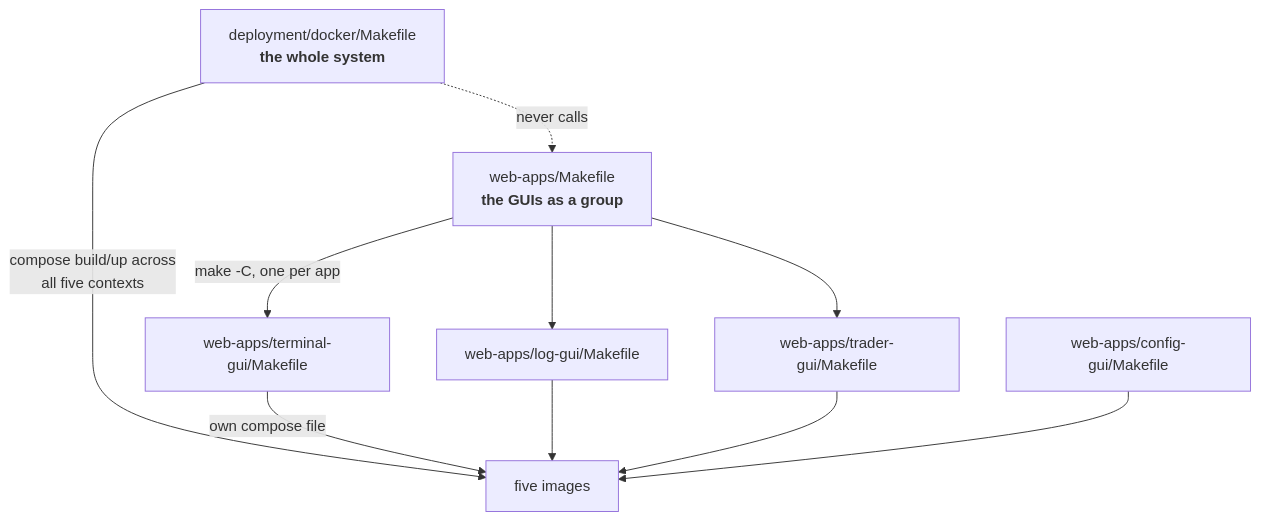
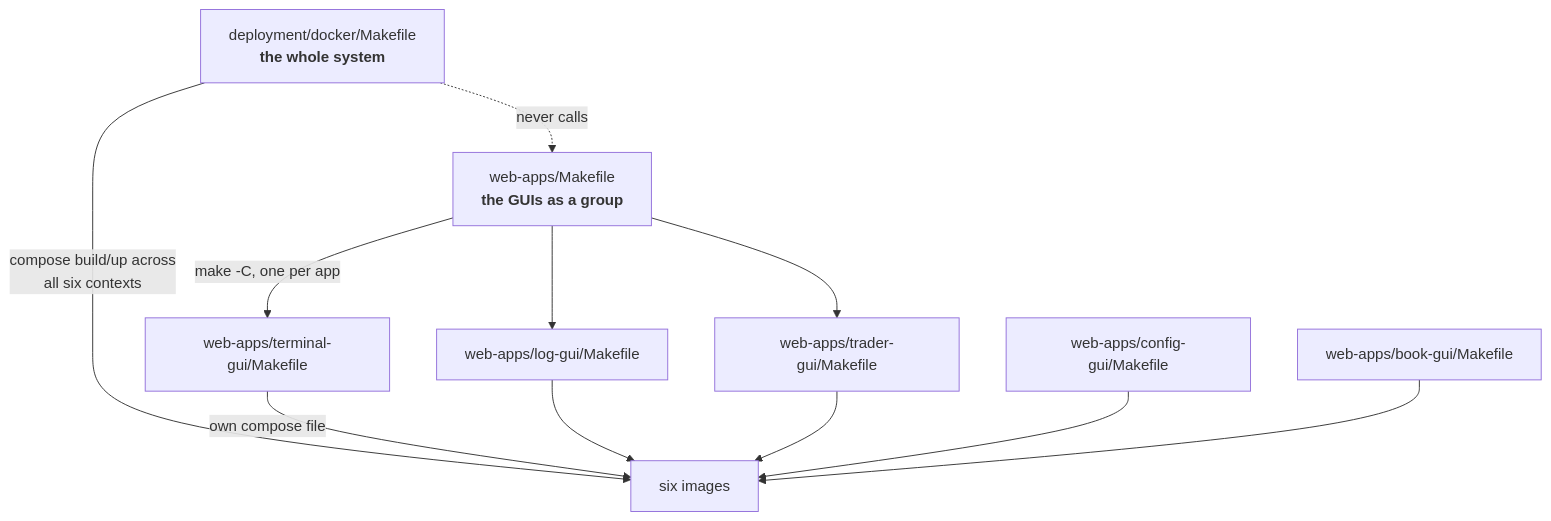
Before and after one commit to johan162/EduMatcher: the second of 8 diagrams in docs/developer/07-container-and-networks.md, drawn with Mermaid. The commit also changed other lines of this file and 25 other files, not shown here.

Commit message:
feat(deploy): ship book-gui with up-all, the curl install and GHCR

````diff
--- a/docs/developer/07-container-and-networks.md
+++ b/docs/developer/07-container-and-networks.md
@@ -78,20 +79,22 @@
 ```mermaid
 flowchart TD
     A["deployment/docker/Makefile\n<b>the whole system</b>"]
     B["web-apps/Makefile\n<b>the GUIs as a group</b>"]
     C1["web-apps/terminal-gui/Makefile"]
     C2["web-apps/log-gui/Makefile"]
     C3["web-apps/trader-gui/Makefile"]
     C4["web-apps/config-gui/Makefile"]
+    C5["web-apps/book-gui/Makefile"]
 
-    A -->|"compose build/up across\nall five contexts"| IMGS["five images"]
+    A -->|"compose build/up across\nall six contexts"| IMGS["six images"]
     B -->|"make -C, one per app"| C1
     B --> C2
     B --> C3
     C1 -->|"own compose file"| IMGS
     C2 --> IMGS
     C3 --> IMGS
     C4 --> IMGS
+    C5 --> IMGS
 
     A -.->|"never calls"| B
 ```
````
